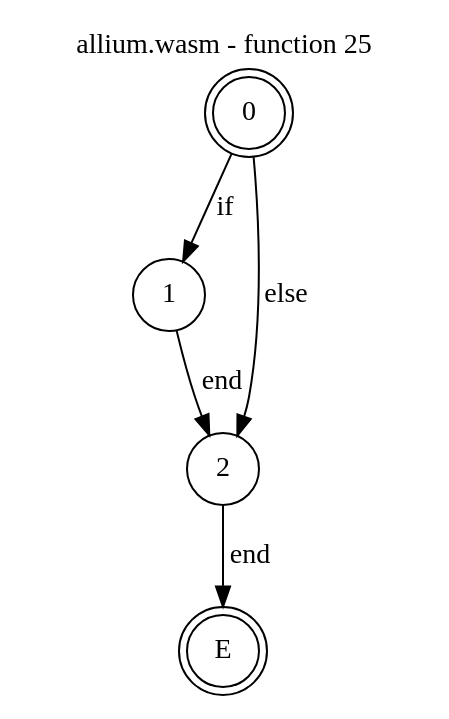
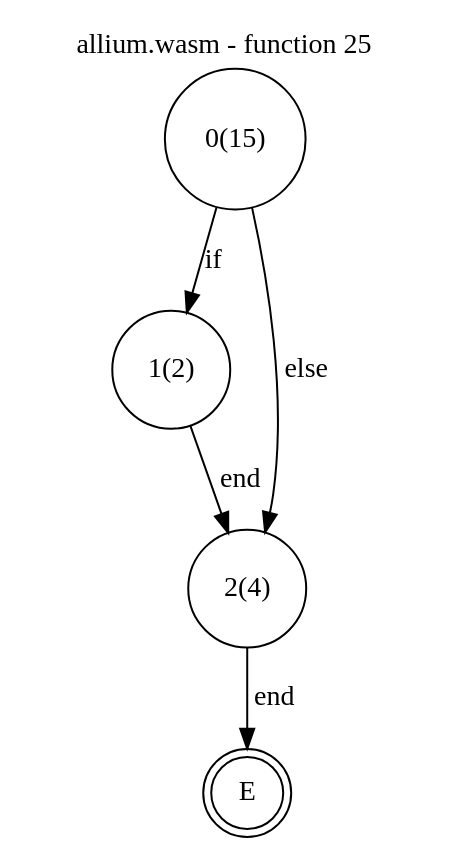
Before and after one commit to jsCarleton/wanalyze: the diagram in test_cases/allium/funcs/allium-func25.dot, drawn with Graphviz. The commit also changed 145 other files, not shown here.

```diff
--- a/test_cases/allium/funcs/allium-func25.dot
+++ b/test_cases/allium/funcs/allium-func25.dot
@@ -1,13 +1,16 @@
 digraph finite_state_machine {
     label = "allium.wasm - function 25"
     labelloc =  t
     labelfontsize = 16
     labelfontcolor = black
     labelfontname = "Helvetica"
-    node [shape = doublecircle]; 0 E ;
-    node [shape = circle];
+    node [shape = doublecircle]; E ;
+node [shape=circle, fontcolor=black, style="", label="0(15)"]0
+node [shape=circle, fontcolor=black, style="", label="1(2)"]1
+node [shape=circle, fontcolor=black, style="", label="2(4)"]2
+node [shape=circle, fontcolor=black, style="", label="E"]E
     0 -> 1[label="if"];
     0 -> 2[label="else"];
     1 -> 2[label="end"];
     2 -> E[label="end"];
 }
```
